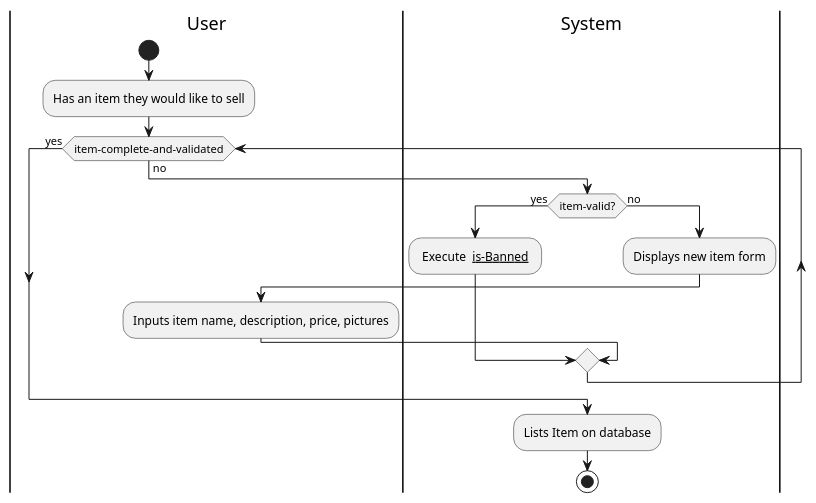
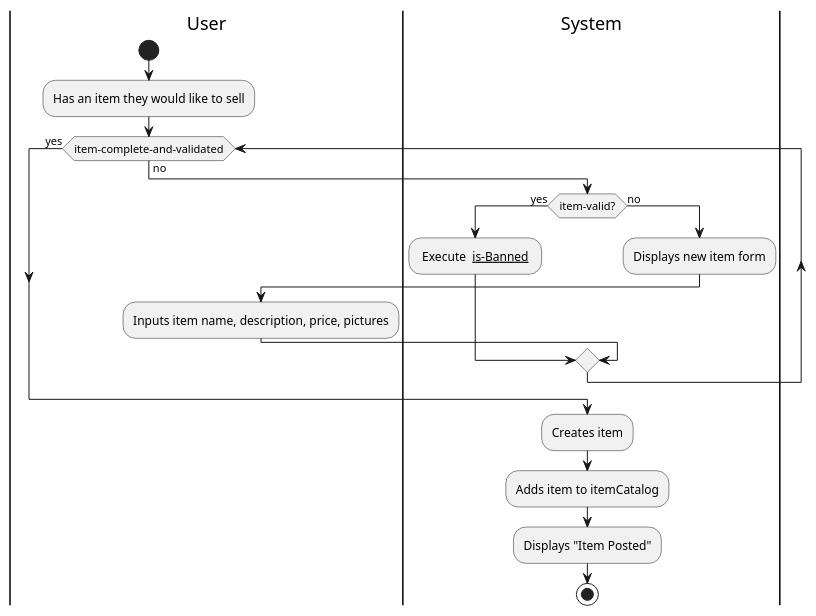
One commit to remyben-creator/Marketplace-Application changed the diagram in IntelliJ/Doc/use-cases/add-item.md. Above: the diagram before and after it, drawn with PlantUML. The commit also changed 7 other files, not shown here.

Commit message:
use case diagrams finalized

````diff
--- a/IntelliJ/Doc/use-cases/add-item.md
+++ b/IntelliJ/Doc/use-cases/add-item.md
@@ -15,20 +15,22 @@
 ```plantuml
 
 |User|
 start
 :Has an item they would like to sell;
 while (item-complete-and-validated) is (no)
 |System|
 if (item-valid?) then (yes) 
 : Execute __ is-Banned __;
 else (no)
 :Displays new item form;
 |User|
 :Inputs item name, description, price, pictures;
 endif
 endwhile (yes) 
 |System|
-:Lists Item on database;
+:Creates item;
+:Adds item to itemCatalog;
+:Displays "Item Posted";
 stop
 @enduml
 ```
````
